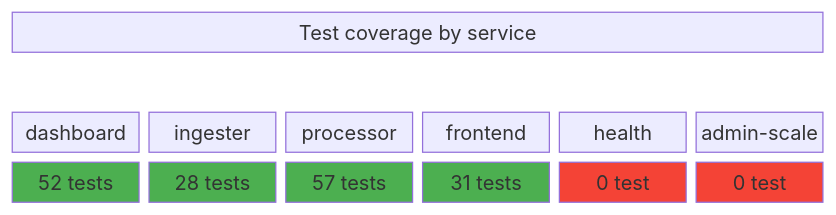
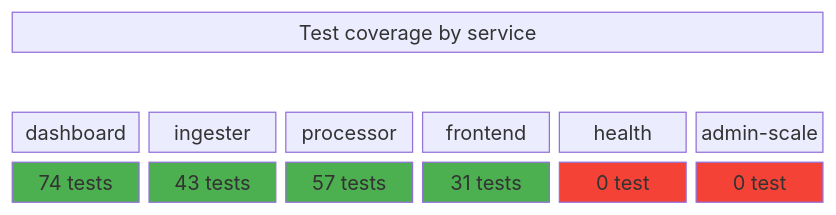
The sixth of 7 diagrams in docs/testing-overview-en.md (ClementV78/CloudRadar), drawn with Mermaid before and after one commit. The commit also changed other lines of this file and 5 other files, not shown here.

First line of the commit message:
docs(dashboard): sync architecture and testing docs

````diff
--- a/docs/testing-overview-en.md
+++ b/docs/testing-overview-en.md
@@ -252,15 +252,15 @@
 ```mermaid
 block-beta
   columns 6
   header["Test coverage by service"]:6
   space:6
   A["dashboard"] B["ingester"] C["processor"] D["frontend"] E["health"] F["admin-scale"]
-  A1["52 tests"] B1["28 tests"] C1["57 tests"] D1["31 tests"] E1["0 test"] F1["0 test"]
+  A1["74 tests"] B1["43 tests"] C1["57 tests"] D1["31 tests"] E1["0 test"] F1["0 test"]
 
   style A1 fill:#4caf50,color:#fff
   style B1 fill:#4caf50,color:#fff
   style C1 fill:#4caf50,color:#fff
   style D1 fill:#4caf50,color:#fff
   style E1 fill:#f44336,color:#fff
   style F1 fill:#f44336,color:#fff
 ```
````
